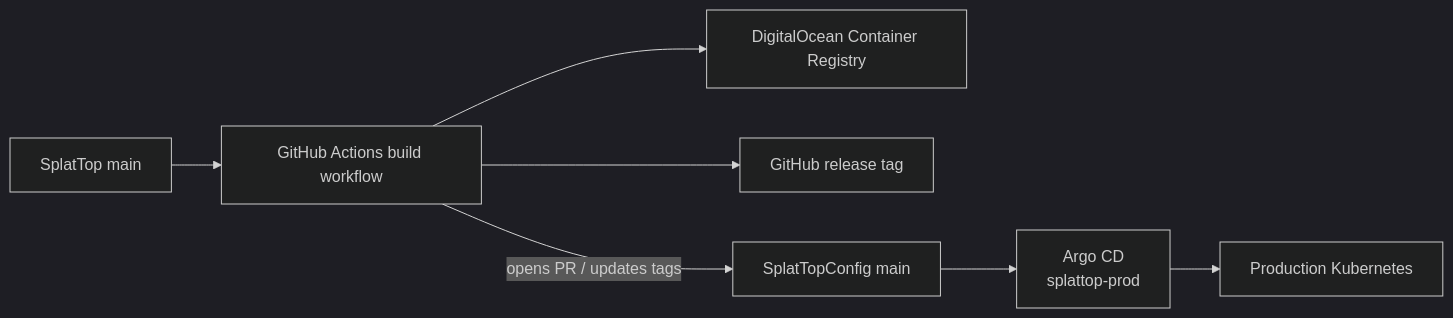
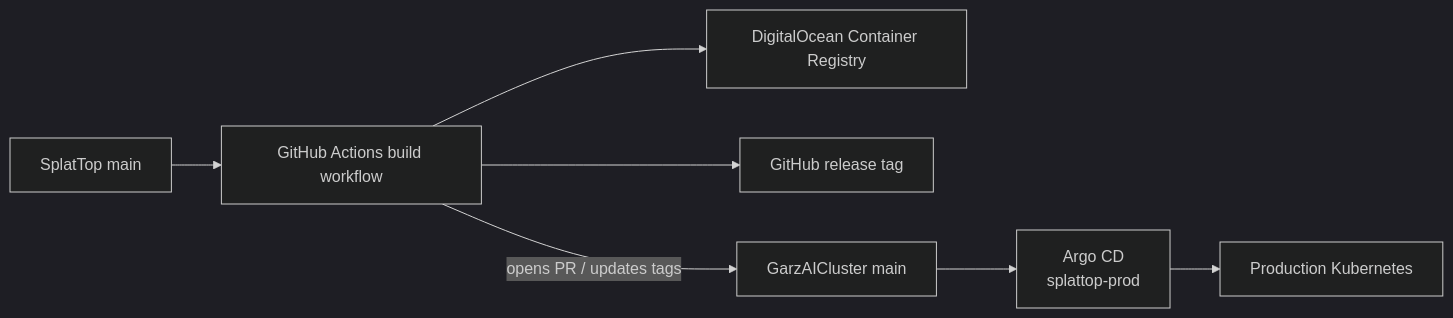
Before and after one commit to cesaregarza/SplatTop: the second of 2 diagrams in docs/infrastructure-and-release.md, drawn with Mermaid (dark theme). The commit also changed other lines of this file and 6 other files, not shown here.

Commit message:
CES-254: update GarzAICluster config references

````diff
--- a/docs/infrastructure-and-release.md
+++ b/docs/infrastructure-and-release.md
@@ -96,17 +96,17 @@
 ```mermaid
 flowchart LR
     AppRepo[SplatTop main]
     AppCI[GitHub Actions build workflow]
     Registry[DigitalOcean Container Registry]
     Release[GitHub release tag]
-    ConfigRepo[SplatTopConfig main]
+    ConfigRepo[GarzAICluster main]
     Argo[Argo CD<br/>splattop-prod]
     Prod[Production Kubernetes]
 
     AppRepo --> AppCI
     AppCI --> Registry
     AppCI --> Release
     AppCI -->|opens PR / updates tags| ConfigRepo
     ConfigRepo --> Argo
     Argo --> Prod
 ```
````
